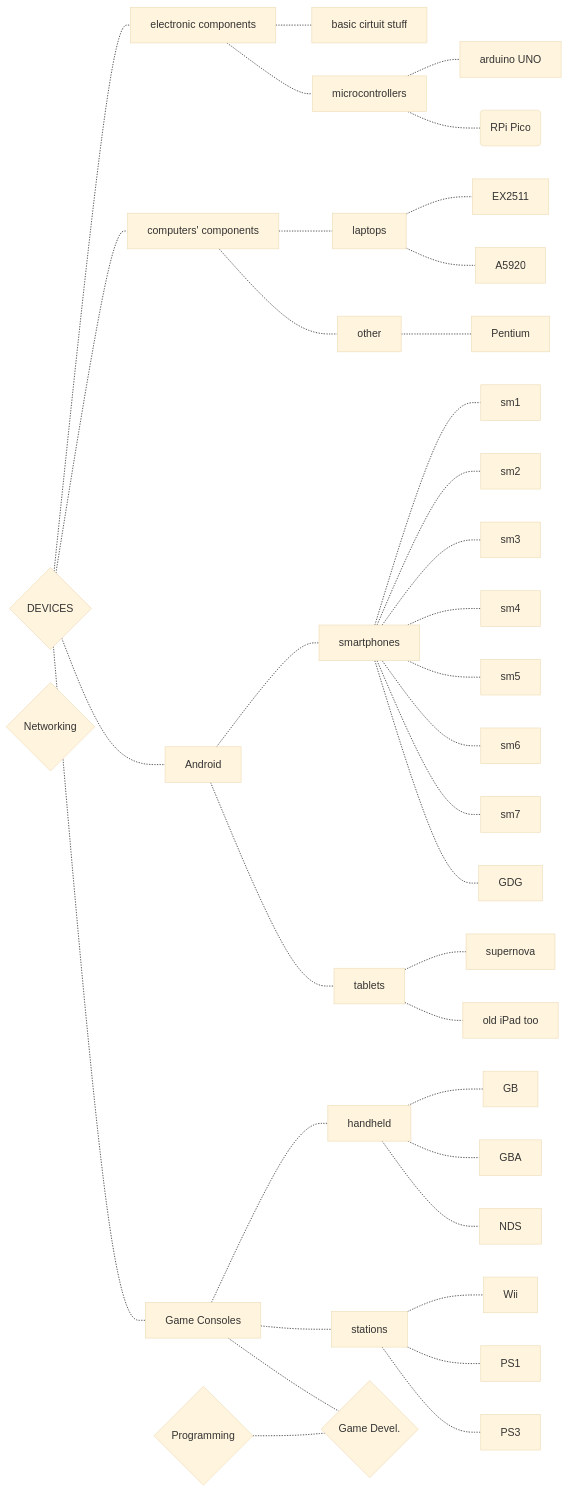
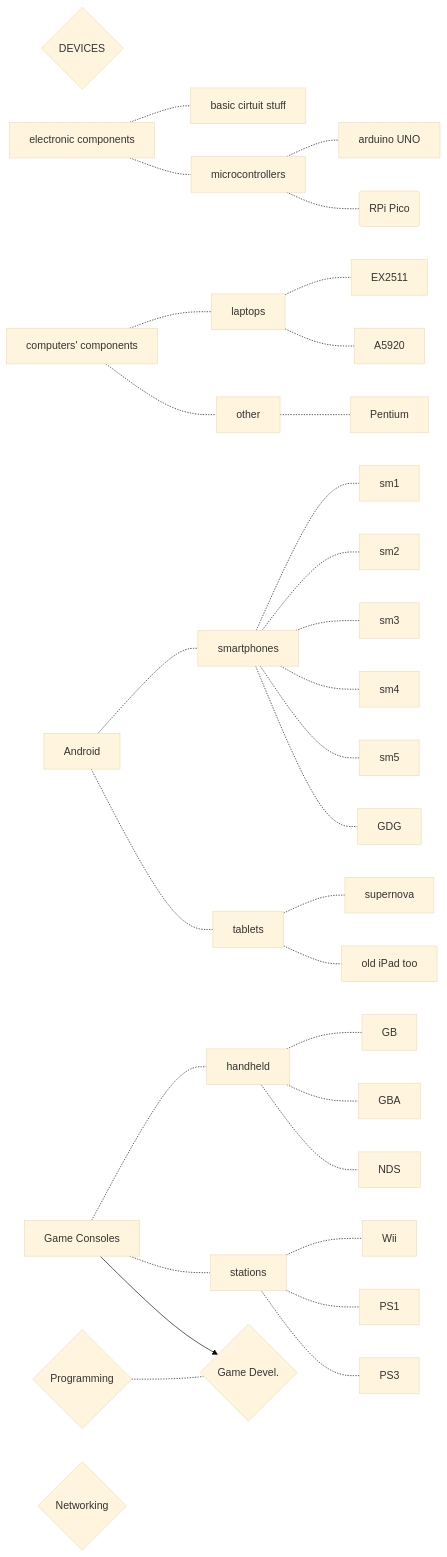
Before and after one commit to pabloqpacin/SLIT: the second of 2 diagrams in SLIT-projects/01-Tinkering_Devices/_devices/readme.md, drawn with Mermaid (base theme). The commit also changed other lines of this file and 6 other files, not shown here.

````diff
--- a/SLIT-projects/01-Tinkering_Devices/_devices/readme.md
+++ b/SLIT-projects/01-Tinkering_Devices/_devices/readme.md
@@ -53,62 +65,58 @@
 ```mermaid
 
 graph LR;
 
 D{DEVICES}
 
-    D .- EC[electronic components]
+    EC[electronic components]
         EC .- bcs[basic cirtuit stuff]
         EC .- mc[microcontrollers]
             mc .- UNO[arduino UNO]
             mc .- RPico(RPi Pico)
-    D .- CC[computers' components]
+    CC[computers' components]
         CC .- laptops
             laptops .- EX2511
             laptops .- A5920
         CC .- other
             other .- Pentium
-    D .- A[Android]
+    A[Android]
         A .- sm[smartphones]
             sm .- sm1
             sm .- sm2
             sm .- sm3
             sm .- sm4
             sm .- sm5
-            sm .- sm6
-            sm .- sm7
+
 
 
         A .- tab[tablets]
             tab .- supernova[supernova]
             tab .- iPad[old iPad too]
 
-    D .- GC[Game Consoles]
+    GC[Game Consoles]
         GC .- handheld
             handheld .- GB
             handheld .- GBA
             handheld .- NDS
 
         GC .- stations
             stations .- Wii
             stations .- PS1
             stations .- PS3
 
 
 
 
 
 
 P{Programming}
 N{Networking}
 
 
 
     P .- GD{Game Devel.}
-        GC .- GD
+        GC --> GD
         sm .- GDG
 
 
-
-
-
 ```
````
